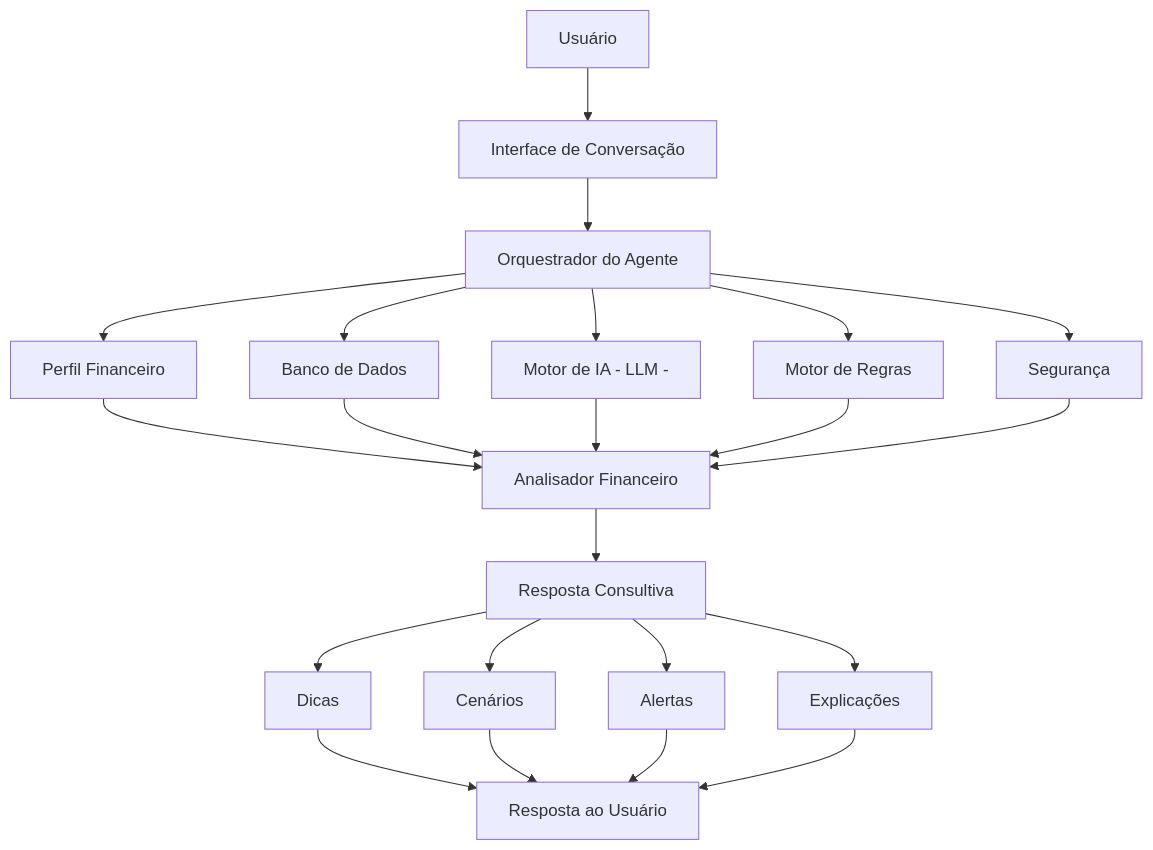
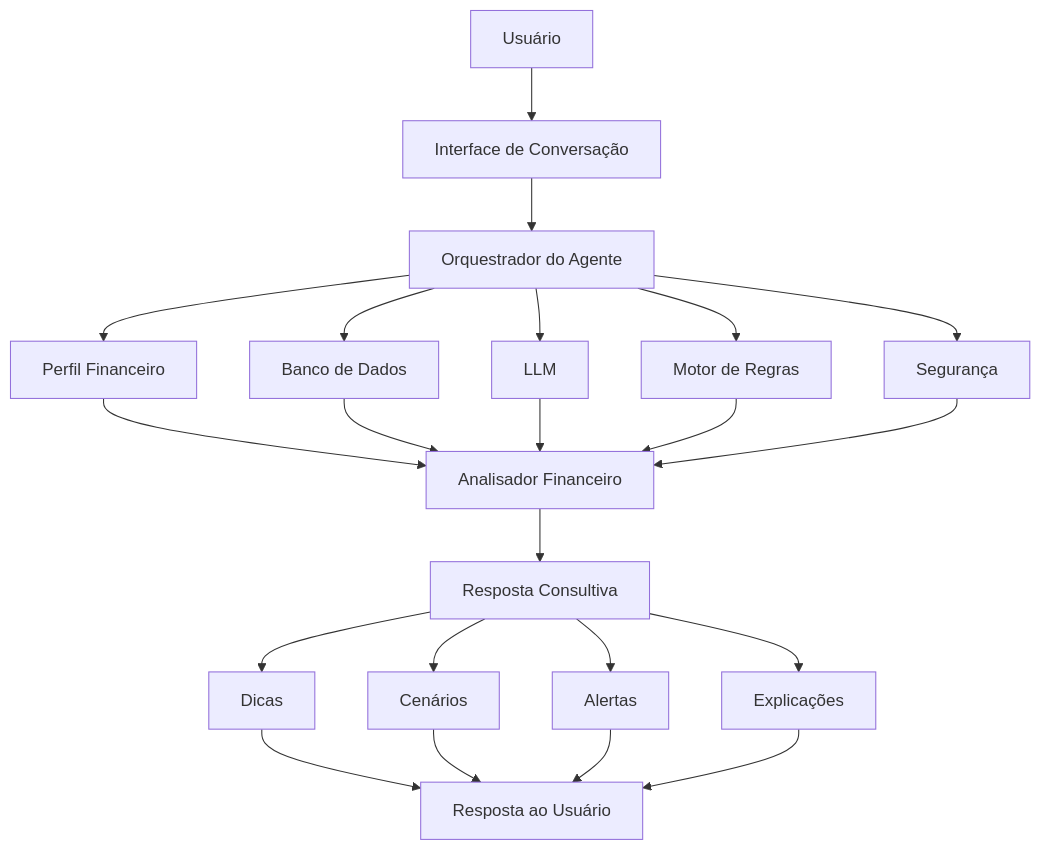
Before and after one commit to fjsilva80/dio-lab-bia-do-futuro: the diagram in docs/01-documentacao-agente.md, drawn with Mermaid.

````diff
--- a/docs/01-documentacao-agente.md
+++ b/docs/01-documentacao-agente.md
@@ -148,29 +148,29 @@
 ```mermaid
 flowchart TD
     U[Usuário] --> I[Interface de Conversação]
     I --> O[Orquestrador do Agente]
 
     O --> P[Perfil Financeiro]
     O --> B[Banco de Dados]
-    O --> IA[Motor de IA - LLM -]
+    O --> IA[LLM]
     O --> R[Motor de Regras]
     O --> S[Segurança]
 
     P --> A[Analisador Financeiro]
     B --> A
     IA --> A
     R --> A
     S --> A
 
     A --> RC[Resposta Consultiva]
 
     RC --> D[Dicas]
     RC --> C[Cenários]
     RC --> AL[Alertas]
     RC --> E[Explicações]
 
     D --> RESP[Resposta ao Usuário]
     C --> RESP
     AL --> RESP
     E --> RESP
 ```
````
